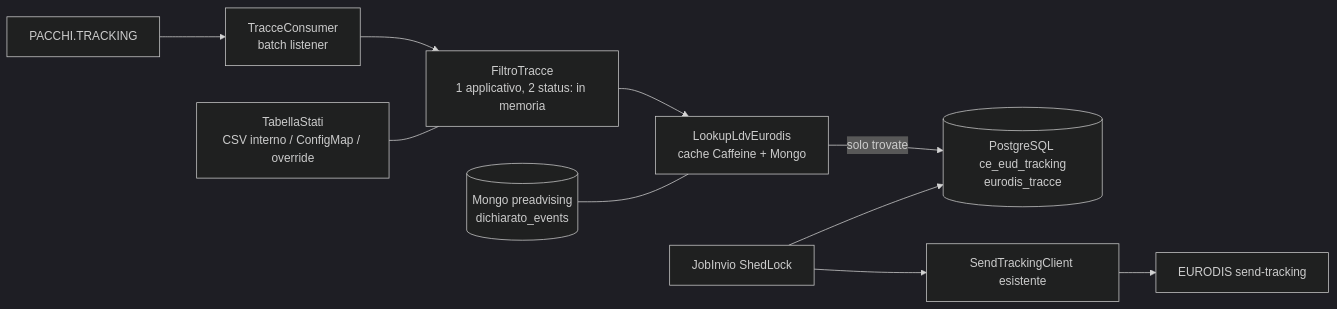
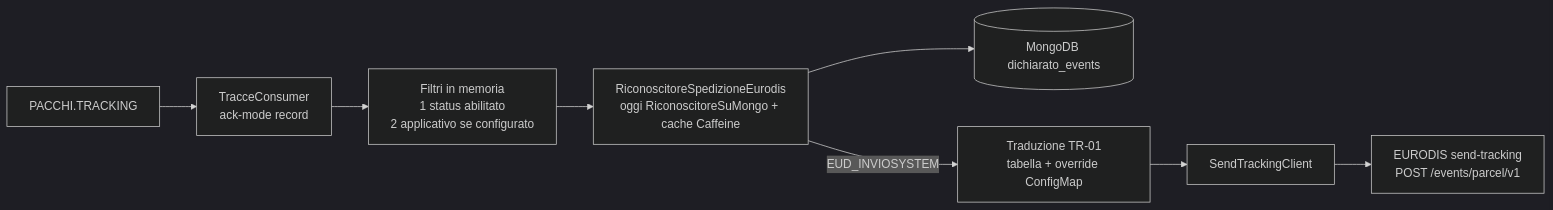
Before and after one commit to diegoMereu/sda-bmad: the second of 3 diagrams in iniziative/136596/sviluppo/ce-eurodis-send-tracking.md, drawn with Mermaid (dark theme). The commit also changed other lines of this file and 2 other files, not shown here.

Commit message:
docs(136596): send-tracking 0.4 allineata a ec2f65b (senza storico, filtri status → applicativo facoltativo → LDV EUD_INVIOSYSTEM, invio diretto con retry, span/metriche/log); DDL di send-tracking superato; PA-35

````diff
--- a/iniziative/136596/sviluppo/ce-eurodis-send-tracking.md
+++ b/iniziative/136596/sviluppo/ce-eurodis-send-tracking.md
@@ -738,11 +773,10 @@
 ```mermaid
 flowchart LR
-  T[PACCHI.TRACKING] --> C[TracceConsumer<br/>batch listener]
-  C --> F[FiltroTracce<br/>1 applicativo, 2 status: in memoria]
-  F --> L[LookupLdvEurodis<br/>cache Caffeine + Mongo]
-  L -->|solo trovate| R[(PostgreSQL ce_eud_tracking<br/>eurodis_tracce)]
-  M[(Mongo preadvising<br/>dichiarato_events)] --- L
-  J[JobInvio ShedLock] --> R
-  J --> K[SendTrackingClient esistente] --> E[EURODIS send-tracking]
-  S[TabellaStati<br/>CSV interno / ConfigMap / override] --- F
+  K[PACCHI.TRACKING] --> C[TracceConsumer<br/>ack-mode record]
+  C --> F[Filtri in memoria<br/>1 status abilitato<br/>2 applicativo se configurato]
+  F --> L[RiconoscitoreSpedizioneEurodis<br/>oggi RiconoscitoreSuMongo + cache Caffeine]
+  L --> M[(MongoDB dichiarato_events)]
+  L -->|EUD_INVIOSYSTEM| T[Traduzione TR-01<br/>tabella + override ConfigMap]
+  T --> S[SendTrackingClient]
+  S --> E[EURODIS send-tracking<br/>POST /events/parcel/v1]
 ```
````
